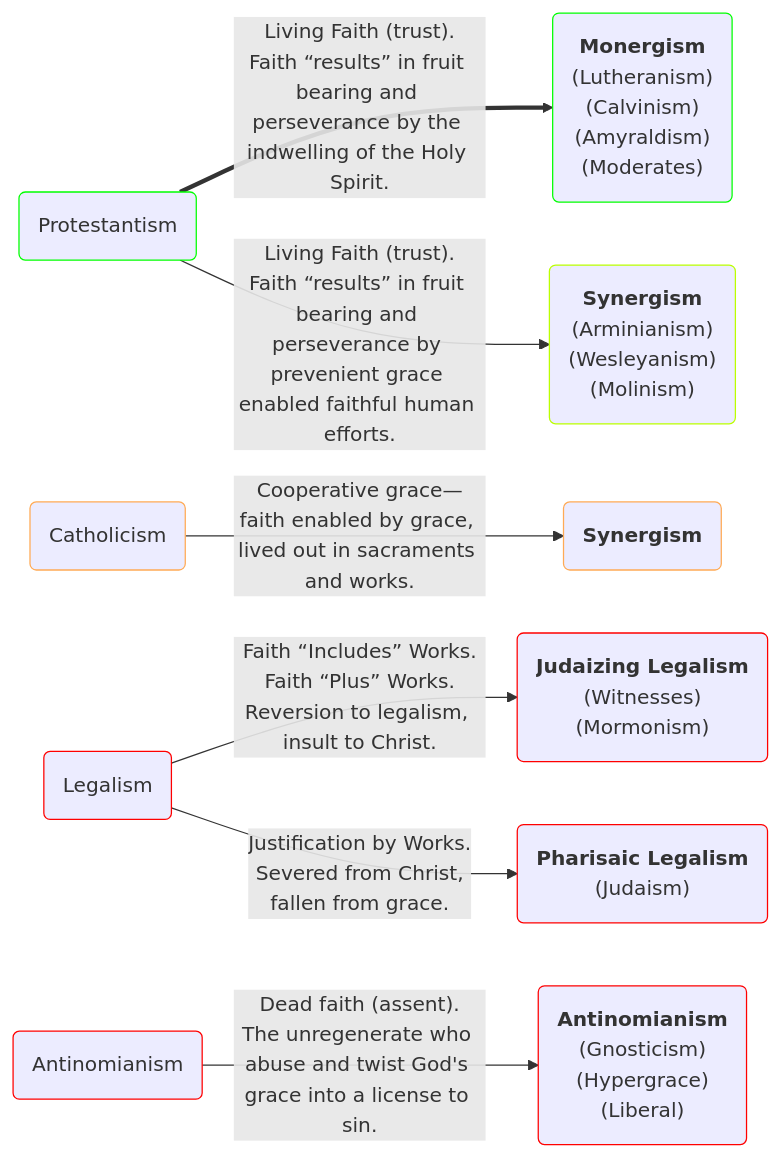
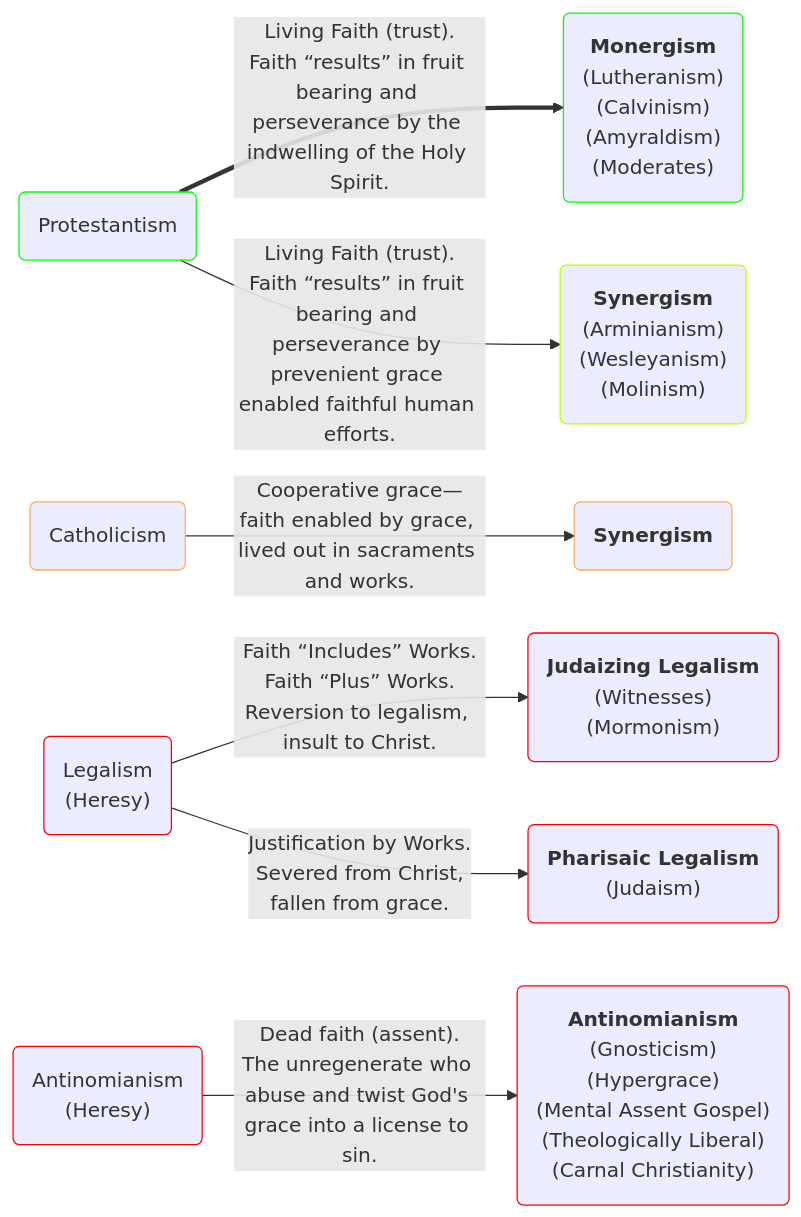
Before and after one commit to OrdoLuminis/ordoluminis.github.io: the first of 2 diagrams in _posts/2025-08-03-historic-protestant-position.markdown, drawn with Mermaid. The commit also changed other lines of this file, not shown here.

Commit message:
mental assent cult

````diff
--- a/_posts/2025-08-03-historic-protestant-position.markdown
+++ b/_posts/2025-08-03-historic-protestant-position.markdown
@@ -51,17 +51,17 @@
 ```mermaid
 flowchart LR
     A(Protestantism):::green
     B(Catholicism):::orange
-    C(Legalism):::red
-    D(Antinomianism):::red
+    C(Legalism<br>&lpar;Heresy&rpar;):::red
+    D(Antinomianism<br>&lpar;Heresy&rpar;):::red
     A ==>|Living Faith &lpar;trust&rpar;.<br>Faith &ldquo;results&rdquo; in fruit bearing and perseverance by the indwelling of the Holy Spirit.| E(<strong>Monergism</strong><br>&lpar;Lutheranism&rpar;<br>&lpar;Calvinism&rpar;<br>&lpar;Amyraldism&rpar;<br>&lpar;Moderates&rpar;):::green
     A -->|Living Faith &lpar;trust&rpar;.<br>Faith &ldquo;results&rdquo; in fruit bearing and perseverance by prevenient grace enabled faithful human efforts.| F(<strong>Synergism</strong><br>&lpar;Arminianism&rpar;<br>&lpar;Wesleyanism&rpar;<br>&lpar;Molinism&rpar;):::lightgreen
     B -->|Cooperative grace&mdash;faith enabled by grace, lived out in sacraments and works.|G(<strong>Synergism</strong>):::orange
     C -->|Faith &ldquo;Includes&rdquo; Works.<br>Faith &ldquo;Plus&rdquo; Works.<br>Reversion to legalism, insult to Christ.| I(<strong>Judaizing Legalism</strong><br>&lpar;Witnesses&rpar;<br>&lpar;Mormonism&rpar;):::red
     C -->|Justification by Works.<br>Severed from Christ,<br>fallen from grace.| H(<strong>Pharisaic Legalism</strong><br>&lpar;Judaism&rpar;):::red
-    D -->|Dead faith &lpar;assent&rpar;.<br>The unregenerate who abuse and twist God's grace into a license to sin.| J(<strong>Antinomianism</strong><br>&lpar;Gnosticism&rpar;<br>&lpar;Hypergrace&rpar;<br>&lpar;Liberal&rpar;):::red
+    D -->|Dead faith &lpar;assent&rpar;.<br>The unregenerate who abuse and twist God's grace into a license to sin.| J(<strong>Antinomianism</strong><br>&lpar;Gnosticism&rpar;<br>&lpar;Hypergrace&rpar;<br>&lpar;Mental Assent Gospel&rpar;<br>&lpar;Theologically Liberal&rpar;<br>&lpar;Carnal Christianity&rpar;):::red
     classDef red stroke:#f00
     classDef green stroke:#0f0
     classDef lightgreen stroke:#Bf0
     classDef orange stroke:#fa5
 ```
````
